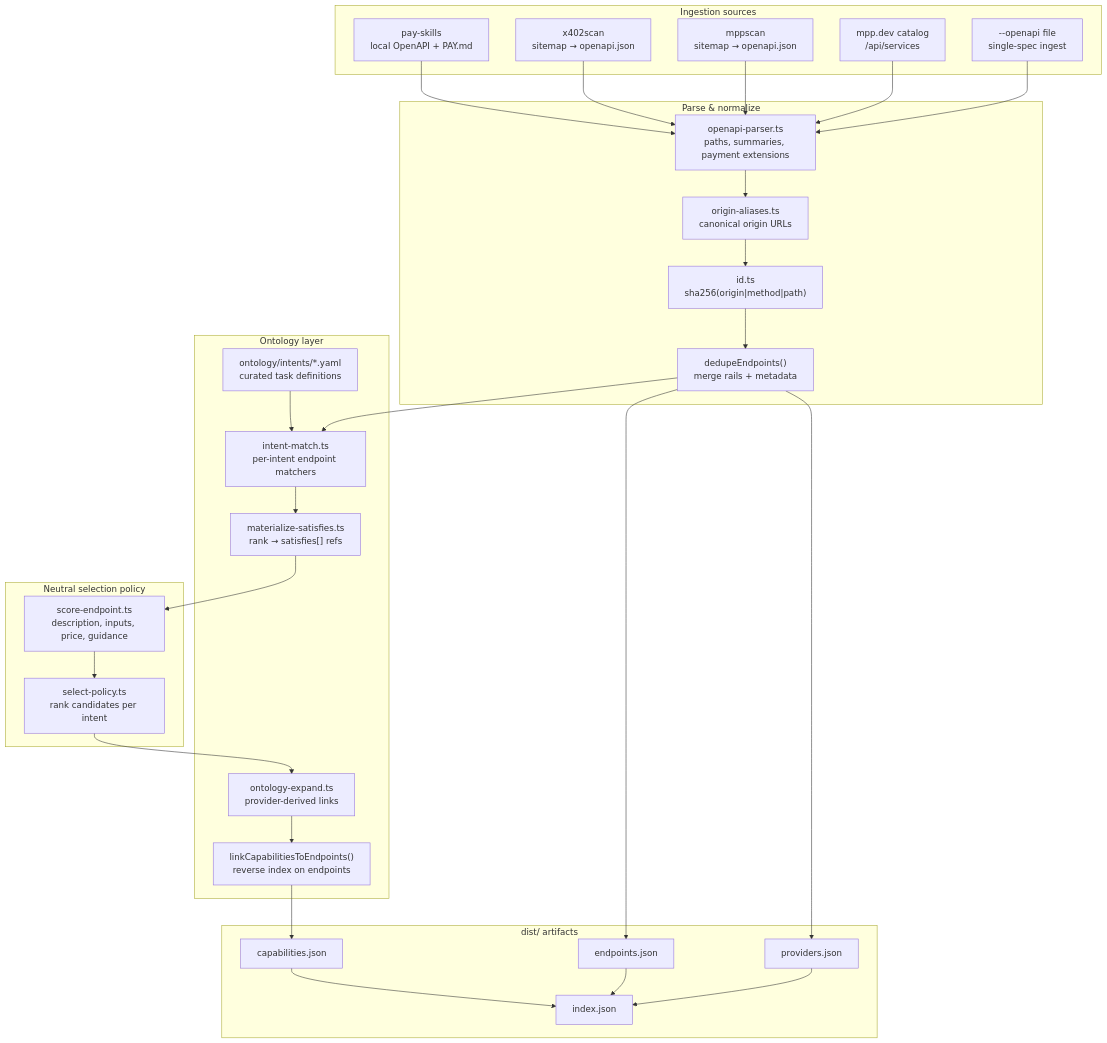
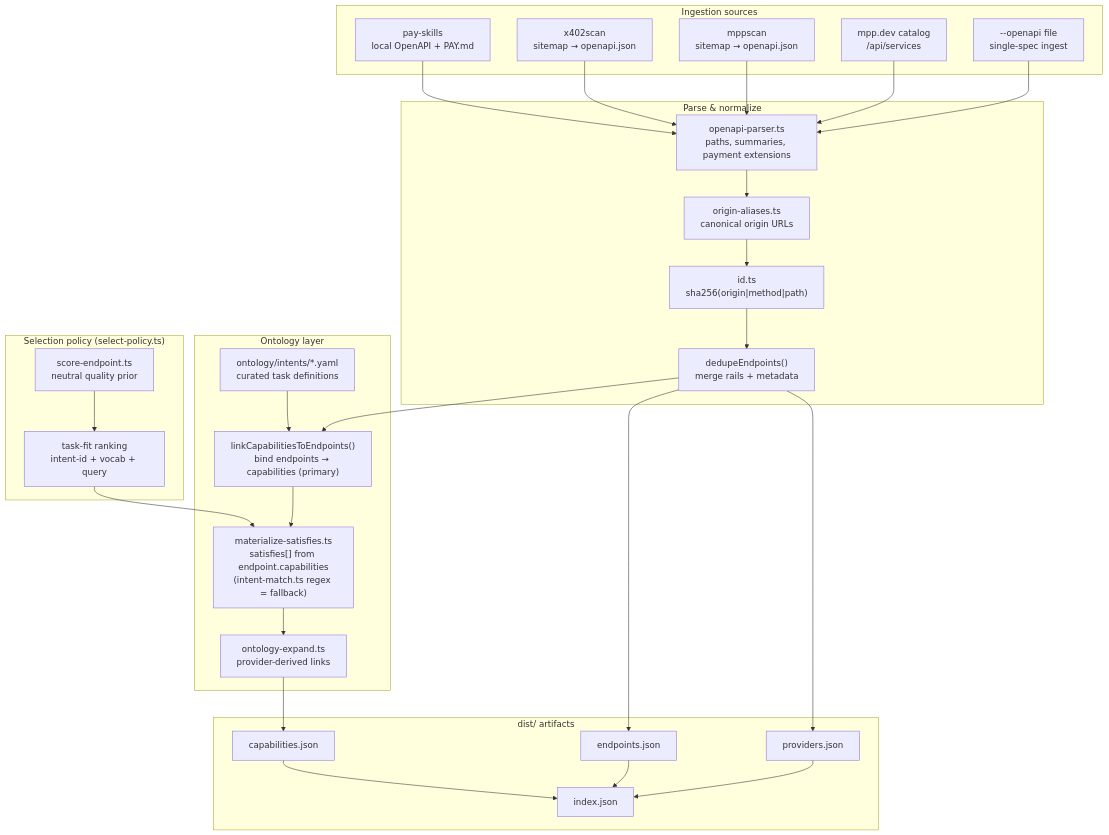
Before and after one commit to Syntalic/OASIS: the second of 5 diagrams in ARCHITECTURE.md, drawn with Mermaid. The commit also changed other lines of this file, not shown here.

First line of the commit message:
docs: fix ARCHITECTURE.md staleness (binding + resolve)

````diff
--- a/ARCHITECTURE.md
+++ b/ARCHITECTURE.md
@@ -61,56 +64,55 @@
 ```mermaid
 flowchart TB
   subgraph sources["Ingestion sources"]
     PS["pay-skills<br/>local OpenAPI + PAY.md"]
     X4["x402scan<br/>sitemap → openapi.json"]
     MS["mppscan<br/>sitemap → openapi.json"]
     MC["mpp.dev catalog<br/>/api/services"]
     OA["--openapi file<br/>single-spec ingest"]
   end
 
   subgraph parse["Parse & normalize"]
     OP["openapi-parser.ts<br/>paths, summaries, payment extensions"]
     AL["origin-aliases.ts<br/>canonical origin URLs"]
     ID["id.ts<br/>sha256(origin|method|path)"]
     DD["dedupeEndpoints()<br/>merge rails + metadata"]
   end
 
   subgraph ontology["Ontology layer"]
     YAML["ontology/intents/*.yaml<br/>curated task definitions"]
-    MM["intent-match.ts<br/>per-intent endpoint matchers"]
-    MAT["materialize-satisfies.ts<br/>rank → satisfies[] refs"]
+    LINK["linkCapabilitiesToEndpoints()<br/>bind endpoints → capabilities (primary)"]
+    MAT["materialize-satisfies.ts<br/>satisfies[] from endpoint.capabilities<br/>(intent-match.ts regex = fallback)"]
     EXP["ontology-expand.ts<br/>provider-derived links"]
-    LINK["linkCapabilitiesToEndpoints()<br/>reverse index on endpoints"]
   end
 
-  subgraph score["Neutral selection policy"]
-    SE["score-endpoint.ts<br/>description, inputs, price, guidance"]
-    SP["select-policy.ts<br/>rank candidates per intent"]
+  subgraph score["Selection policy (select-policy.ts)"]
+    SE["score-endpoint.ts<br/>neutral quality prior"]
+    SP["task-fit ranking<br/>intent-id + vocab + query"]
   end
 
   subgraph out["dist/ artifacts"]
     EJ["endpoints.json"]
     CJ["capabilities.json"]
     PJ["providers.json"]
     IJ["index.json"]
   end
 
   PS --> OP
   X4 --> OP
   MS --> OP
   MC --> OP
   OA --> OP
   OP --> AL --> ID --> DD
 
-  YAML --> MM
-  DD --> MM
-  MM --> MAT --> SE --> SP
-  SP --> EXP --> LINK
+  YAML --> LINK
+  DD --> LINK
+  LINK --> MAT --> EXP
+  SE --> SP --> MAT
 
   DD --> EJ
-  LINK --> CJ
+  EXP --> CJ
   DD --> PJ
   EJ --> IJ
   CJ --> IJ
   PJ --> IJ
 ```
````
